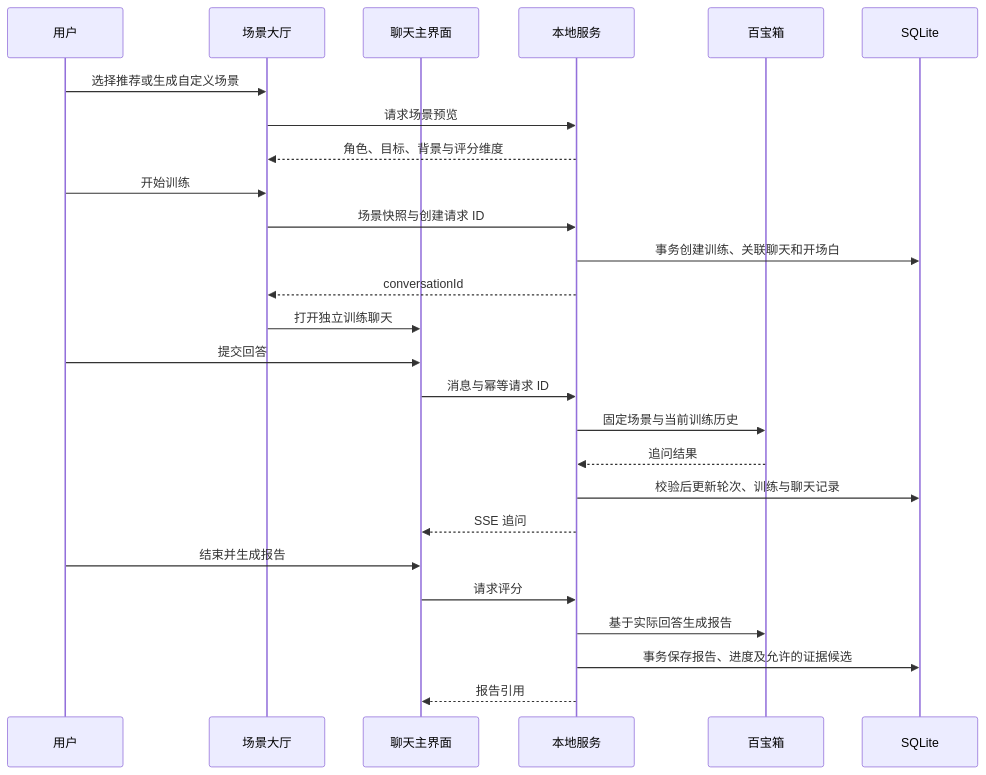
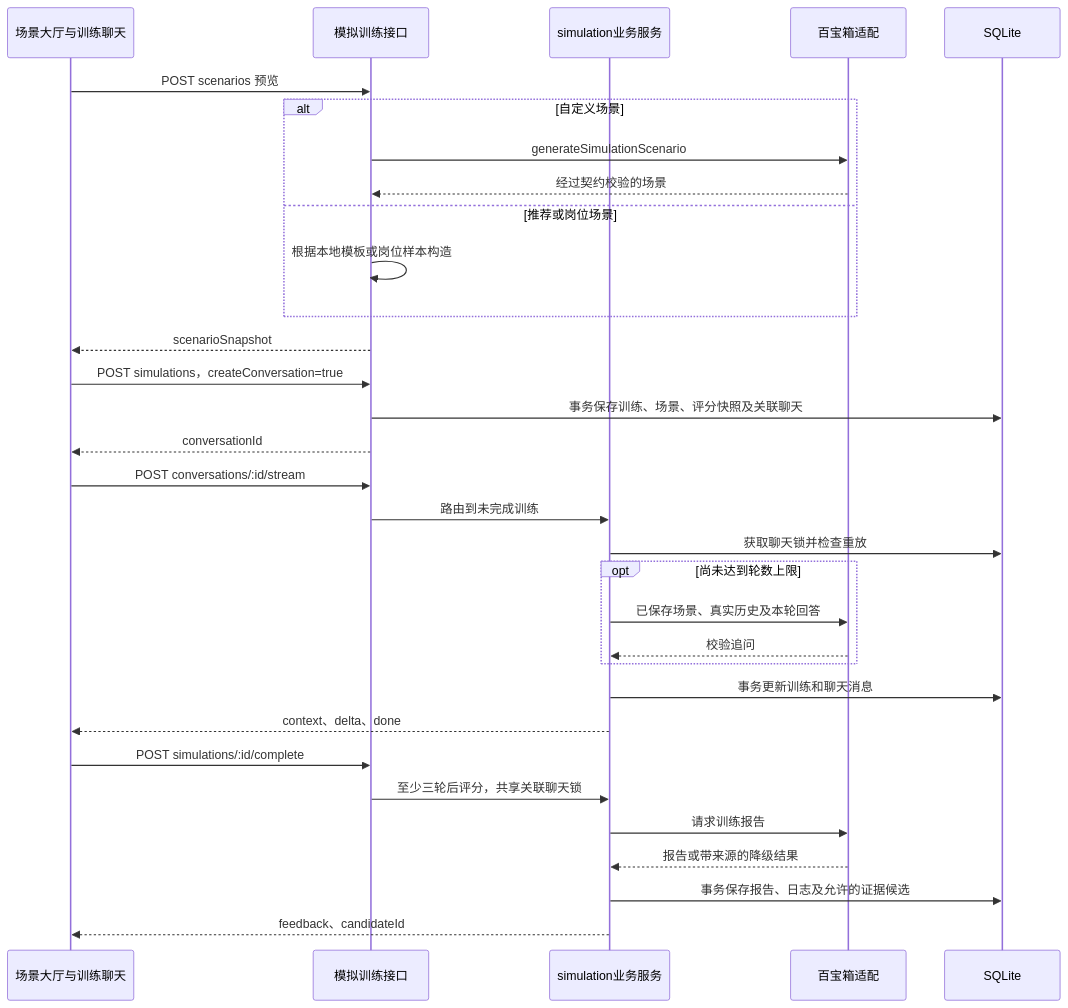
The third of 4 diagrams in docs/architecture.md (zxkk97984-creator/CareerMate), drawn with Mermaid before and after one commit. The commit also changed other lines of this file and 22 other files, not shown here.

Commit message:
docs: align core architecture and API documentation

````diff
--- a/docs/architecture.md
+++ b/docs/architecture.md
@@ -24,28 +102,34 @@
 ```mermaid
 sequenceDiagram
-  participant U as 用户
-  participant S as 场景大厅
-  participant C as 聊天主界面
-  participant API as 本地服务
-  participant AI as 百宝箱
+  participant UI as 场景大厅与训练聊天
+  participant API as 模拟训练接口
+  participant S as simulation业务服务
+  participant AI as 百宝箱适配
   participant DB as SQLite
-  U->>S: 选择推荐或生成自定义场景
-  S->>API: 请求场景预览
-  API-->>S: 角色、目标、背景与评分维度
-  U->>S: 开始训练
-  S->>API: 场景快照与创建请求 ID
-  API->>DB: 事务创建训练、关联聊天和开场白
-  API-->>S: conversationId
-  S->>C: 打开独立训练聊天
-  U->>C: 提交回答
-  C->>API: 消息与幂等请求 ID
-  API->>AI: 固定场景与当前训练历史
-  AI-->>API: 追问结果
-  API->>DB: 校验后更新轮次、训练与聊天记录
-  API-->>C: SSE 追问
-  U->>C: 结束并生成报告
-  C->>API: 请求评分
-  API->>AI: 基于实际回答生成报告
-  API->>DB: 事务保存报告、进度及允许的证据候选
-  API-->>C: 报告引用
+  UI->>API: POST scenarios 预览
+  alt 自定义场景
+    API->>AI: generateSimulationScenario
+    AI-->>API: 经过契约校验的场景
+  else 推荐或岗位场景
+    API->>API: 根据本地模板或岗位样本构造
+  end
+  API-->>UI: scenarioSnapshot
+  UI->>API: POST simulations，createConversation=true
+  API->>DB: 事务保存训练、场景、评分快照及关联聊天
+  API-->>UI: conversationId
+  UI->>API: POST conversations/:id/stream
+  API->>S: 路由到未完成训练
+  S->>DB: 获取聊天锁并检查重放
+  opt 尚未达到轮数上限
+    S->>AI: 已保存场景、真实历史及本轮回答
+    AI-->>S: 校验追问
+  end
+  S->>DB: 事务更新训练和聊天消息
+  S-->>UI: context、delta、done
+  UI->>API: POST simulations/:id/complete
+  API->>S: 至少三轮后评分，共享关联聊天锁
+  S->>AI: 请求训练报告
+  AI-->>S: 报告或带来源的降级结果
+  S->>DB: 事务保存报告、日志及允许的证据候选
+  S-->>UI: feedback、candidateId
 ```
````
